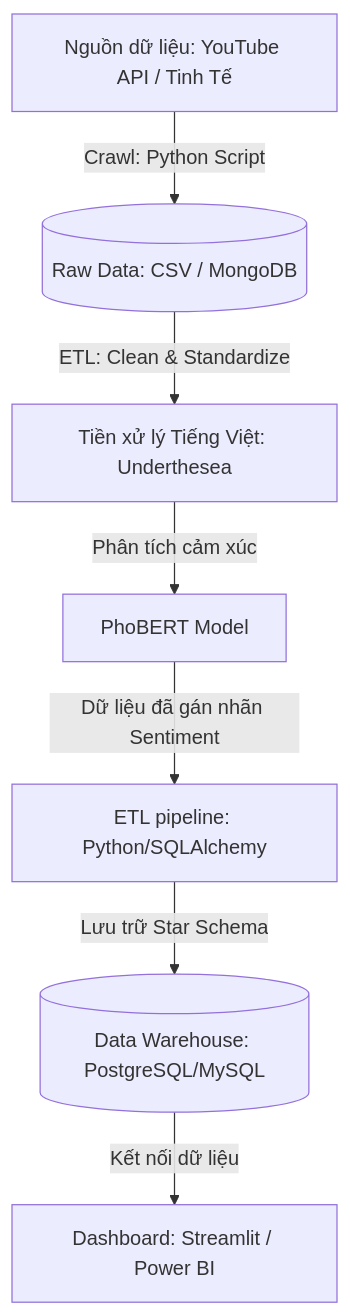
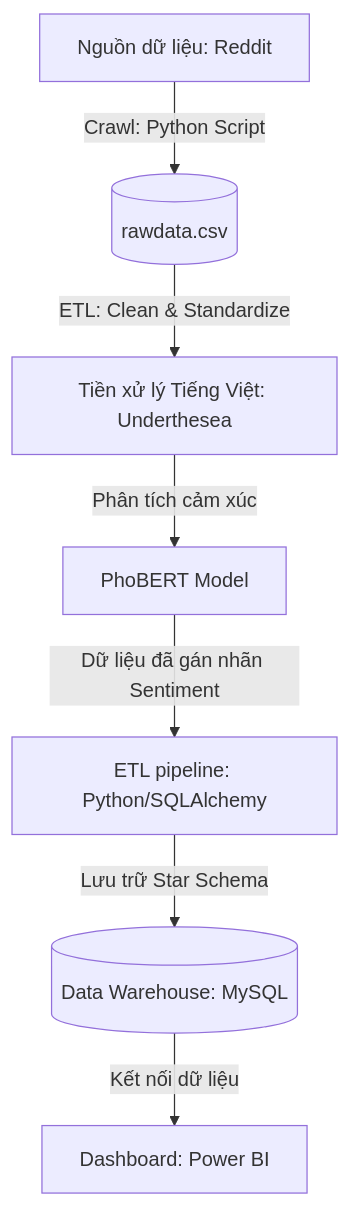
The diagram in README.md (LanCute2212/BI-Project-new-), drawn with Mermaid before and after one commit. The commit also changed other lines of this file and 6 other files, not shown here.

````diff
--- a/README.md
+++ b/README.md
@@ -11,9 +11,9 @@
 ```mermaid
 graph TD
-    A[Nguồn dữ liệu: YouTube API / Tinh Tế] -->|Crawl: Python Script| B[(Raw Data: CSV / MongoDB)]
+    A[Nguồn dữ liệu: Reddit] -->|Crawl: Python Script| B[(rawdata.csv)]
     B -->|ETL: Clean & Standardize| C[Tiền xử lý Tiếng Việt: Underthesea]
     C -->|Phân tích cảm xúc| D[PhoBERT Model]
     D -->|Dữ liệu đã gán nhãn Sentiment| E[ETL pipeline: Python/SQLAlchemy]
-    E -->|Lưu trữ Star Schema| F[(Data Warehouse: PostgreSQL/MySQL)]
-    F -->|Kết nối dữ liệu| G[Dashboard: Streamlit / Power BI]
+    E -->|Lưu trữ Star Schema| F[(Data Warehouse: MySQL)]
+    F -->|Kết nối dữ liệu| G[Dashboard: Power BI]
 ```
````
